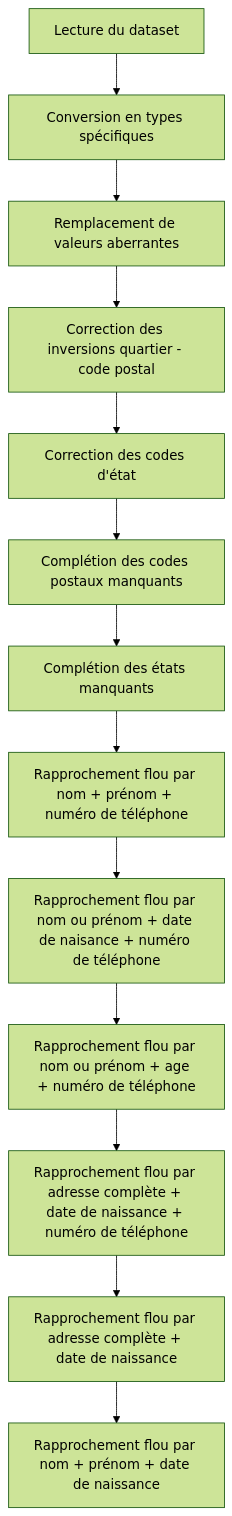
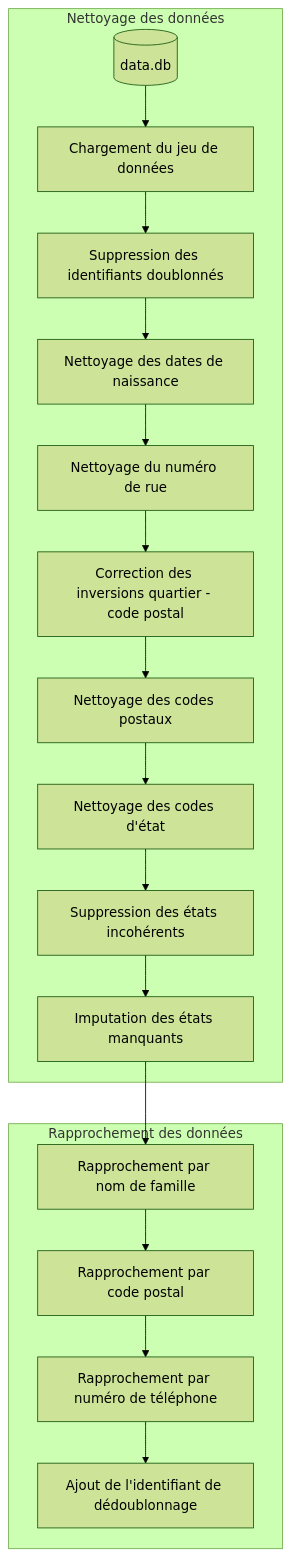
Before and after one commit to ghisvail/inria-aphp-assignment: the diagram in entity_resolution.mmd, drawn with Mermaid (forest theme). The commit also changed 2 other files, not shown here.

```diff
--- a/entity_resolution.mmd
+++ b/entity_resolution.mmd
@@ -1,13 +1,18 @@
-graph TD;
-    A[Lecture du dataset]-->B[Conversion en types spécifiques];    
-    B-->C[Remplacement de valeurs aberrantes];
-    C-->D[Correction des inversions quartier - code postal];
-    D-->E[Correction des codes d'état];
-    E-->F[Complétion des codes postaux manquants];
-    F-->G[Complétion des états manquants];
-    G-->H[Rapprochement flou par nom + prénom + numéro de téléphone];
-    H-->I[Rapprochement flou par nom ou prénom + date de naisance + numéro de téléphone];
-    I-->J[Rapprochement flou par nom ou prénom + age + numéro de téléphone];
-    J-->K[Rapprochement flou par adresse complète + date de naissance + numéro de téléphone];
-    K-->L[Rapprochement flou par adresse complète + date de naissance];
-    L-->M[Rapprochement flou par nom + prénom + date de naissance];
+graph TB;
+    subgraph Nettoyage des données
+    A[(data.db)] --> B[Chargement du jeu de données];
+    B --> C[Suppression des identifiants doublonnés];
+    C --> D[Nettoyage des dates de naissance];
+    D --> E[Nettoyage du numéro de rue];
+    E --> F[Correction des inversions quartier - code postal];
+    F --> G[Nettoyage des codes postaux];
+    G --> H[Nettoyage des codes d'état];
+    H --> I[Suppression des états incohérents];
+    I --> J[Imputation des états manquants];
+    end
+    subgraph Rapprochement des données
+    J --> K[Rapprochement par nom de famille];
+    K --> L[Rapprochement par code postal];
+    L --> M[Rapprochement par numéro de téléphone];
+    M --> N[Ajout de l'identifiant de dédoublonnage];
+    end
```
